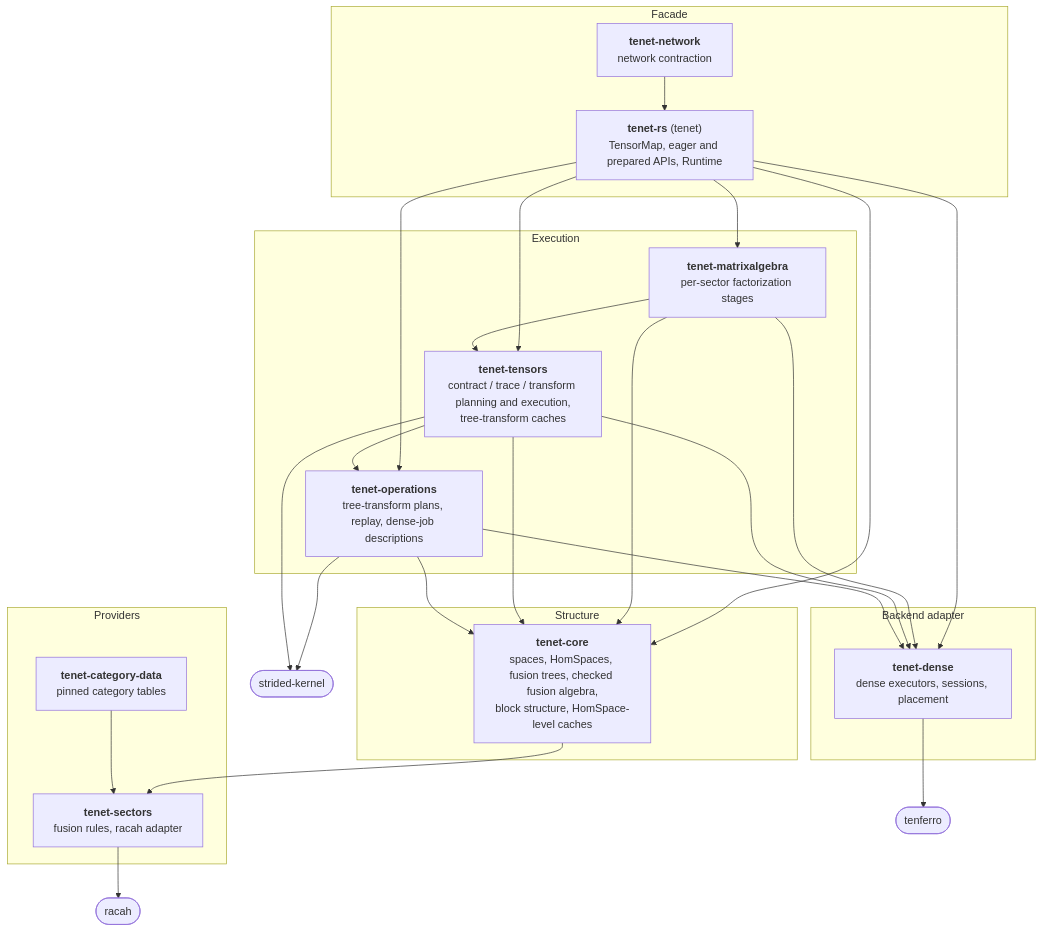
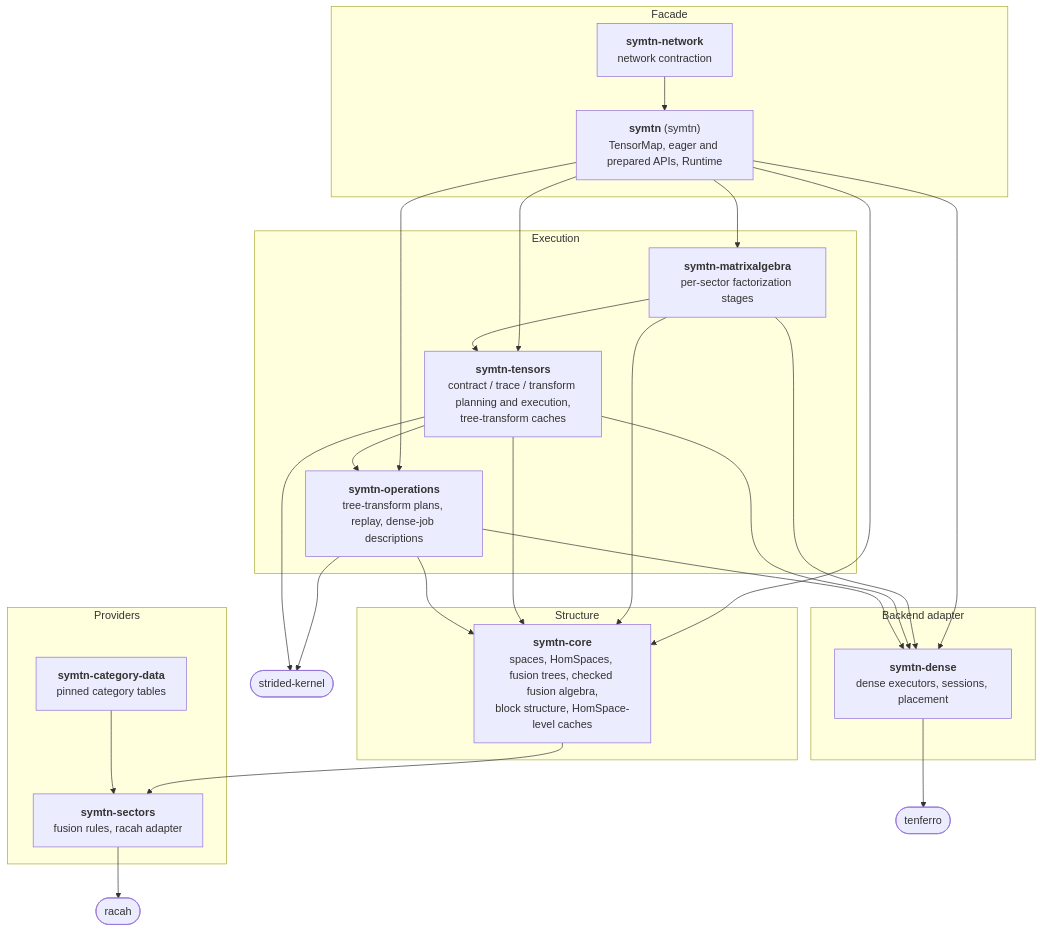
The second of 2 diagrams in docs/layering.md (Ryo-wtnb11/TeNeT), drawn with Mermaid before and after one commit. The commit also changed other lines of this file and 1495 other files, not shown here.

````diff
--- a/docs/layering.md
+++ b/docs/layering.md
@@ -192,43 +195,43 @@
 ```mermaid
 flowchart TB
     subgraph facade["Facade"]
-        RS["<b>tenet-rs</b> (tenet)<br/>TensorMap, eager and prepared APIs, Runtime"]
-        NET["<b>tenet-network</b><br/>network contraction"]
+        RS["<b>symtn</b> (symtn)<br/>TensorMap, eager and prepared APIs, Runtime"]
+        NET["<b>symtn-network</b><br/>network contraction"]
     end
     subgraph exec["Execution"]
-        MA["<b>tenet-matrixalgebra</b><br/>per-sector factorization stages"]
-        TT["<b>tenet-tensors</b><br/>contract / trace / transform planning and execution,<br/>tree-transform caches"]
-        OP["<b>tenet-operations</b><br/>tree-transform plans, replay, dense-job descriptions"]
+        MA["<b>symtn-matrixalgebra</b><br/>per-sector factorization stages"]
+        TT["<b>symtn-tensors</b><br/>contract / trace / transform planning and execution,<br/>tree-transform caches"]
+        OP["<b>symtn-operations</b><br/>tree-transform plans, replay, dense-job descriptions"]
     end
     subgraph structure["Structure"]
-        CORE["<b>tenet-core</b><br/>spaces, HomSpaces, fusion trees, checked fusion algebra,<br/>block structure, HomSpace-level caches"]
+        CORE["<b>symtn-core</b><br/>spaces, HomSpaces, fusion trees, checked fusion algebra,<br/>block structure, HomSpace-level caches"]
     end
     subgraph provider["Providers"]
-        SEC["<b>tenet-sectors</b><br/>fusion rules, racah adapter"]
-        CAT["<b>tenet-category-data</b><br/>pinned category tables"]
+        SEC["<b>symtn-sectors</b><br/>fusion rules, racah adapter"]
+        CAT["<b>symtn-category-data</b><br/>pinned category tables"]
     end
     subgraph backend["Backend adapter"]
-        DENSE["<b>tenet-dense</b><br/>dense executors, sessions, placement"]
+        DENSE["<b>symtn-dense</b><br/>dense executors, sessions, placement"]
     end
 
     NET --> RS
     RS --> MA
     RS --> TT
     RS --> OP
     RS --> CORE
     RS --> DENSE
     MA --> TT
     MA --> CORE
     MA --> DENSE
     TT --> OP
     TT --> CORE
     TT --> DENSE
     OP --> CORE
     OP --> DENSE
     CORE --> SEC
     CAT --> SEC
     SEC --> RACAH(["racah"])
     DENSE --> TF(["tenferro"])
     OP --> STR(["strided-kernel"])
     TT --> STR
 ```
````
